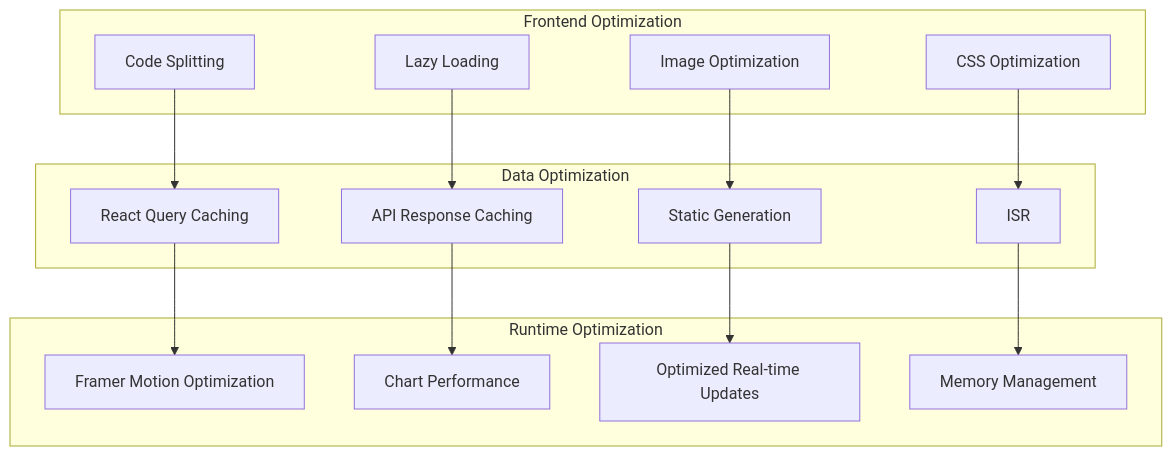
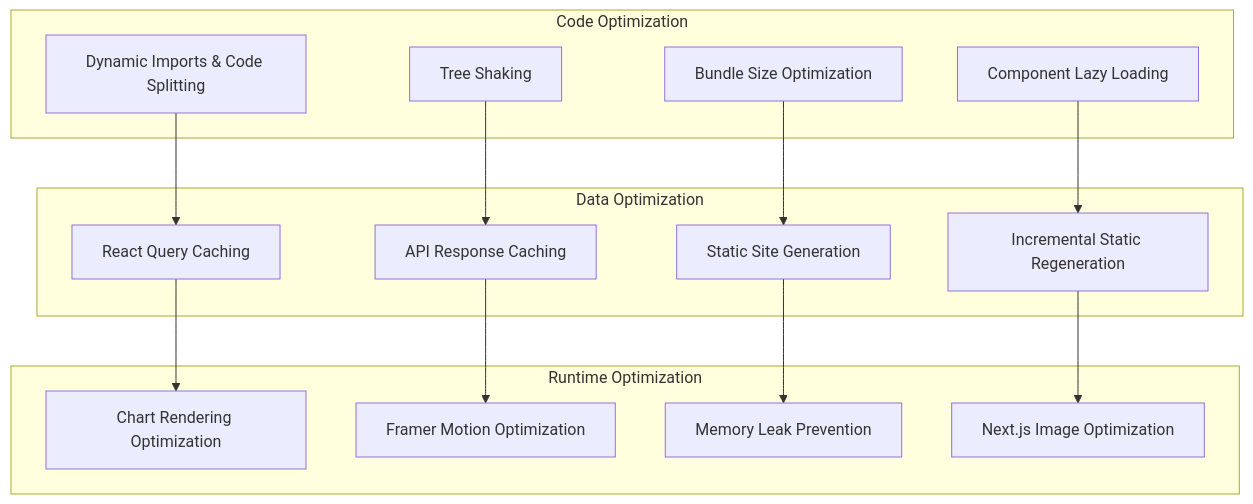
One commit to oxnr/picotop changed the ninth of 10 diagrams in ARCHITECTURE.md. Above: the diagram before and after it, drawn with Mermaid. The commit also changed other lines of this file and 34 other files, not shown here.

First line of the commit message:
feat: Complete Picojeet enhanced Bitcoin chart and documentation checkpoint

````diff
--- a/ARCHITECTURE.md
+++ b/ARCHITECTURE.md
@@ -424,33 +340,33 @@
 ```mermaid
 graph TB
-    subgraph "Frontend Optimization"
-        CodeSplitting[Code Splitting]
-        LazyLoading[Lazy Loading]
-        ImageOptimization[Image Optimization]
-        CSSOptimization[CSS Optimization]
+    subgraph "Code Optimization"
+        CodeSplitting[Dynamic Imports & Code Splitting]
+        TreeShaking[Tree Shaking]
+        BundleOptimization[Bundle Size Optimization]
+        ComponentLazyLoading[Component Lazy Loading]
     end
     
     subgraph "Data Optimization"
         ReactQuery[React Query Caching]
         APIResponseCaching[API Response Caching]
-        StaticGeneration[Static Generation]
-        IncrementalRegeneration[ISR]
+        StaticGeneration[Static Site Generation]
+        IncrementalRegeneration[Incremental Static Regeneration]
     end
     
     subgraph "Runtime Optimization"
-        FramerMotionOptimization[Framer Motion Optimization]
-        ChartPerformance[Chart Performance]
-        RealTimeUpdates[Optimized Real-time Updates]
-        MemoryManagement[Memory Management]
+        ChartPerformance[Chart Rendering Optimization]
+        AnimationPerformance[Framer Motion Optimization]
+        MemoryManagement[Memory Leak Prevention]
+        ImageOptimization[Next.js Image Optimization]
     end
     
     CodeSplitting --> ReactQuery
-    LazyLoading --> APIResponseCaching
-    ImageOptimization --> StaticGeneration
-    CSSOptimization --> IncrementalRegeneration
+    TreeShaking --> APIResponseCaching
+    BundleOptimization --> StaticGeneration
+    ComponentLazyLoading --> IncrementalRegeneration
     
-    ReactQuery --> FramerMotionOptimization
-    APIResponseCaching --> ChartPerformance
-    StaticGeneration --> RealTimeUpdates
-    IncrementalRegeneration --> MemoryManagement
+    ReactQuery --> ChartPerformance
+    APIResponseCaching --> AnimationPerformance
+    StaticGeneration --> MemoryManagement
+    IncrementalRegeneration --> ImageOptimization
 ```
````
